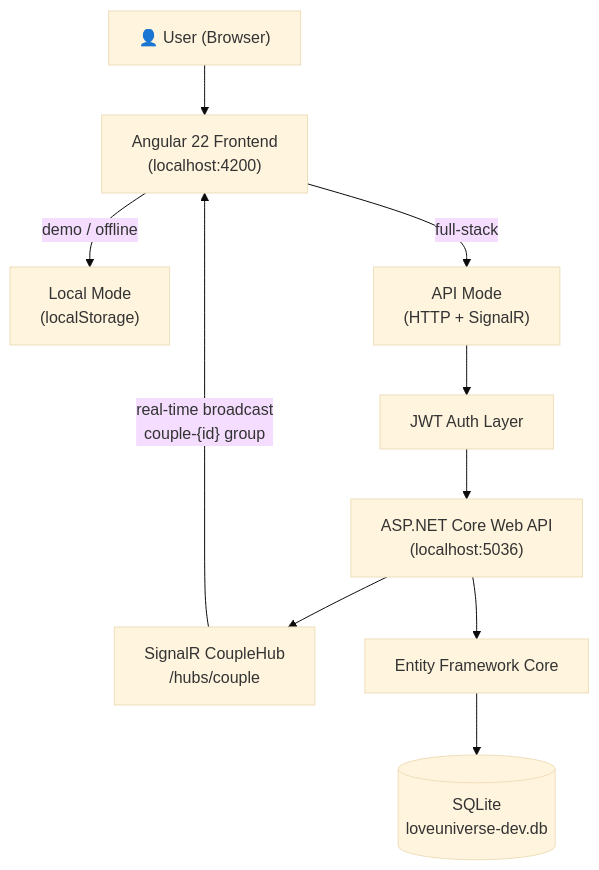
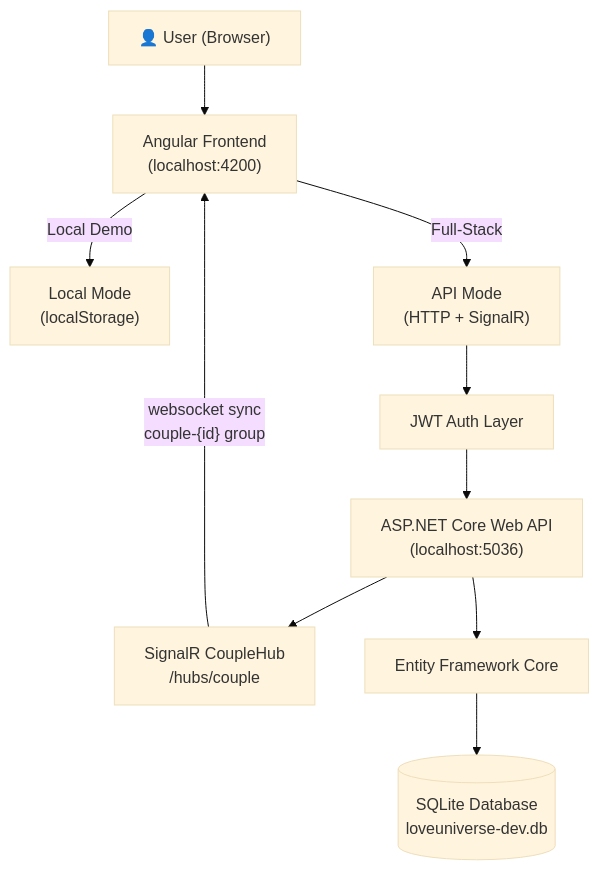
The diagram in README.md (YJAM20/arova), drawn with Mermaid (base theme) before and after one commit. The commit also changed other lines of this file and 207 other files, not shown here.

````diff
--- a/README.md
+++ b/README.md
@@ -136,22 +151,22 @@
 ```mermaid
 graph TD
     User["👤 User (Browser)"]
-    FE["Angular 22 Frontend\n(localhost:4200)"]
+    FE["Angular Frontend\n(localhost:4200)"]
     LM["Local Mode\n(localStorage)"]
     AM["API Mode\n(HTTP + SignalR)"]
     BE["ASP.NET Core Web API\n(localhost:5036)"]
     HUB["SignalR CoupleHub\n/hubs/couple"]
     EF["Entity Framework Core"]
-    DB[("SQLite\nloveuniverse-dev.db")]
+    DB[("SQLite Database\nloveuniverse-dev.db")]
     JWT["JWT Auth Layer"]
 
     User --> FE
-    FE -->|"demo / offline"| LM
-    FE -->|"full-stack"| AM
+    FE -->|"Local Demo"| LM
+    FE -->|"Full-Stack"| AM
     AM --> JWT
     JWT --> BE
     BE --> HUB
     BE --> EF
     EF --> DB
-    HUB -->|"real-time broadcast\ncouple-{id} group"| FE
+    HUB -->|"websocket sync\ncouple-{id} group"| FE
 ```
````
